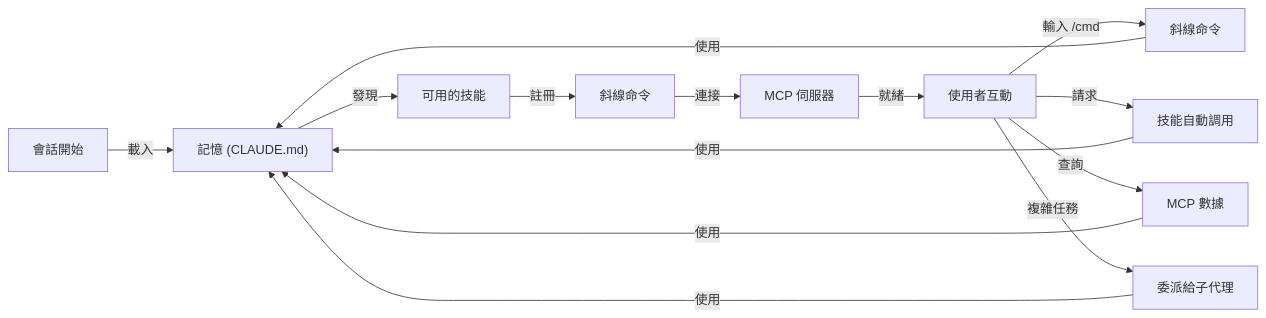
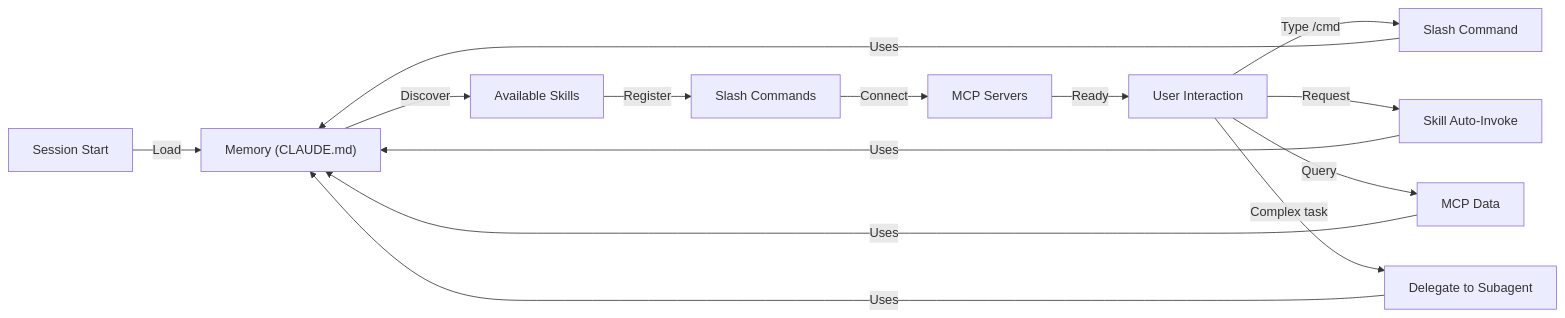
Before and after one commit to huckly/claude-howto-zh-tw: diagram 15 of 20 in claude_concepts_guide.md, drawn with Mermaid. The commit also changed other lines of this file and 8 other files, not shown here.

````diff
--- a/claude_concepts_guide.md
+++ b/claude_concepts_guide.md
@@ -2548,18 +2613,18 @@
 ```mermaid
 graph LR
-    A["會話開始"] -->|載入| B["記憶 (CLAUDE.md)"]
-    B -->|發現| C["可用的技能"]
-    C -->|註冊| D["斜線命令"]
-    D -->|連接| E["MCP 伺服器"]
-    E -->|就緒| F["使用者互動"]
+    A["Session Start"] -->|Load| B["Memory (CLAUDE.md)"]
+    B -->|Discover| C["Available Skills"]
+    C -->|Register| D["Slash Commands"]
+    D -->|Connect| E["MCP Servers"]
+    E -->|Ready| F["User Interaction"]
 
-    F -->|輸入 /cmd| G["斜線命令"]
-    F -->|請求| H["技能自動調用"]
-    F -->|查詢| I["MCP 數據"]
-    F -->|複雜任務| J["委派給子代理"]
+    F -->|Type /cmd| G["Slash Command"]
+    F -->|Request| H["Skill Auto-Invoke"]
+    F -->|Query| I["MCP Data"]
+    F -->|Complex task| J["Delegate to Subagent"]
 
-    G -->|使用| B
-    H -->|使用| B
-    I -->|使用| B
-    J -->|使用| B
+    G -->|Uses| B
+    H -->|Uses| B
+    I -->|Uses| B
+    J -->|Uses| B
 ```
````
